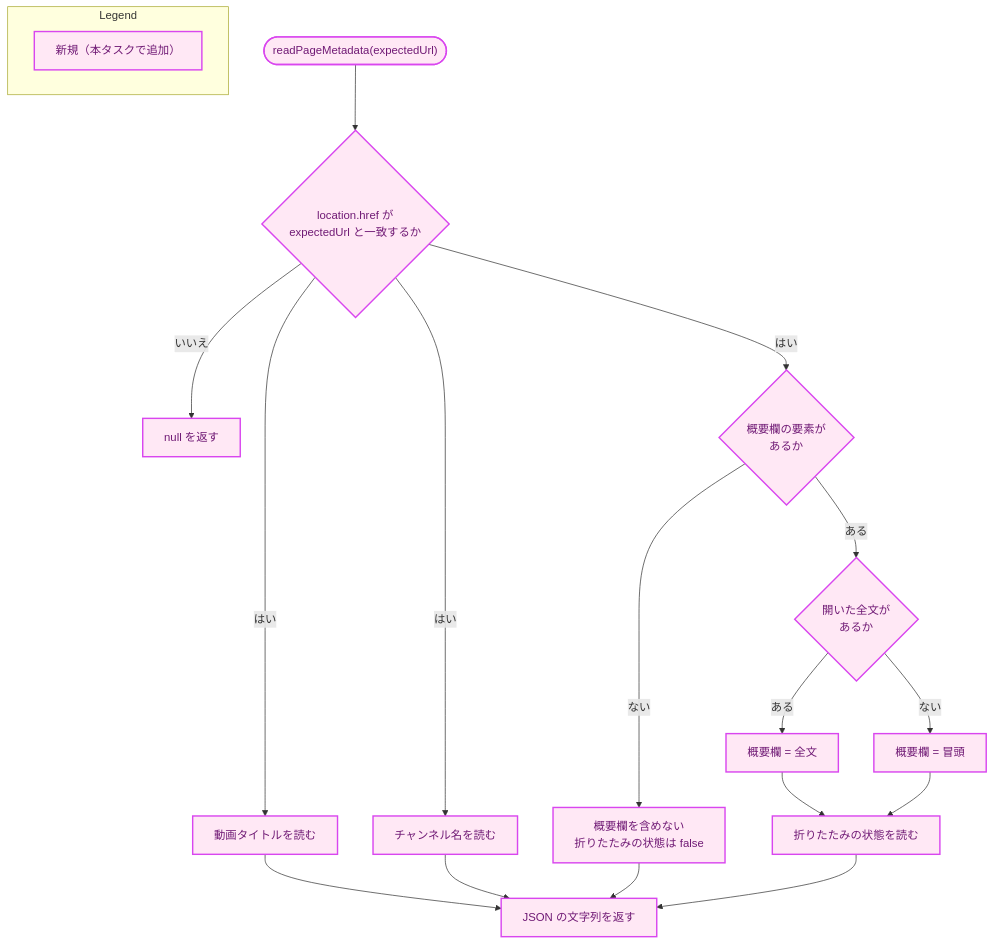
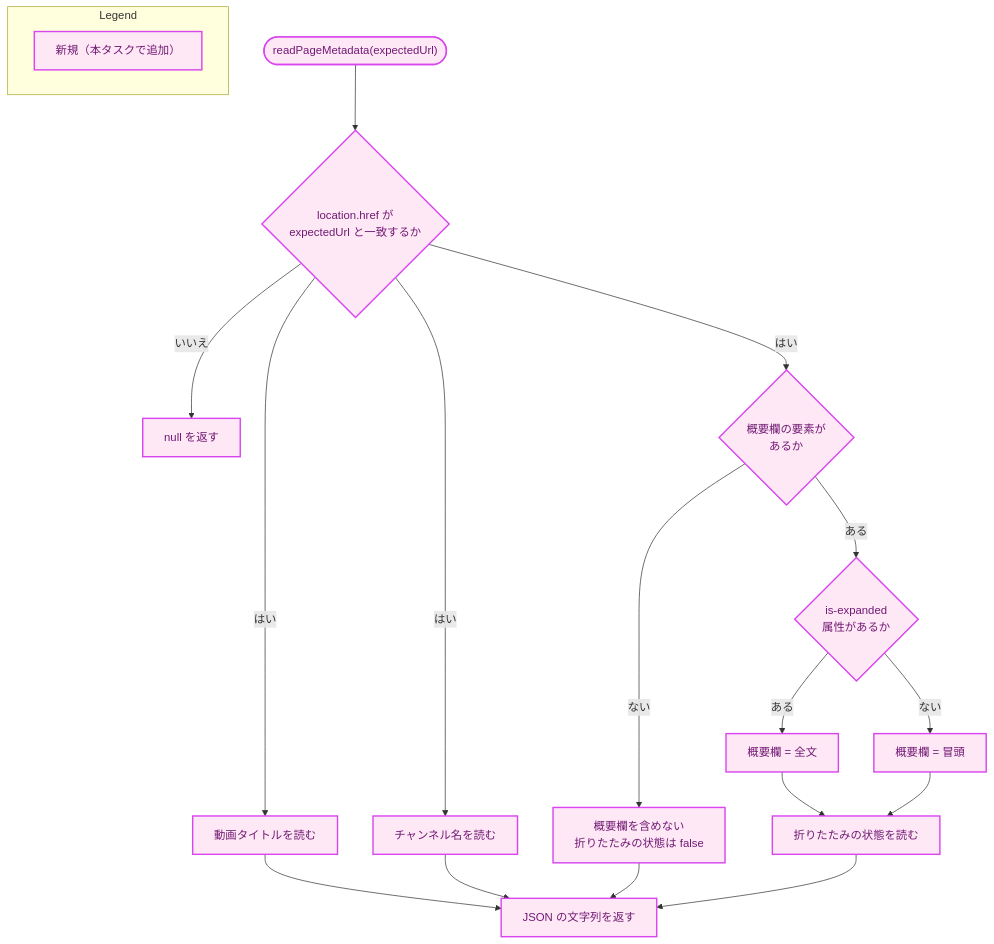
Before and after one commit to isseis/yt2column: the fourth of 6 diagrams in docs/tasks/0025_extension_video_metadata/02_architecture.md, drawn with Mermaid. The commit also changed other lines of this file, not shown here.

Commit message:
docs(0025): refine the architecture for the video metadata extension

````diff
--- a/docs/tasks/0025_extension_video_metadata/02_architecture.md
+++ b/docs/tasks/0025_extension_video_metadata/02_architecture.md
@@ -394,27 +397,27 @@
 ```mermaid
 flowchart TD
     classDef newpkg fill:#ffe8f5,stroke:#d946ef,stroke-width:2px,color:#701a75;
 
     S(["readPageMetadata(expectedUrl)"]) --> V{"location.href が<br>expectedUrl と一致するか"}
     V -->|"いいえ"| NULL["null を返す"]
     V -->|"はい"| T["動画タイトルを読む"]
     V -->|"はい"| C["チャンネル名を読む"]
     V -->|"はい"| E{"概要欄の要素が<br>あるか"}
     E -->|"ない"| N["概要欄を含めない<br>折りたたみの状態は false"]
-    E -->|"ある"| X{"開いた全文が<br>あるか"}
+    E -->|"ある"| X{"is-expanded<br>属性があるか"}
     X -->|"ある"| F["概要欄 = 全文"]
     X -->|"ない"| P["概要欄 = 冒頭"]
     F --> Z["折りたたみの状態を読む"]
     P --> Z
     T --> J["JSON の文字列を返す"]
     C --> J
     N --> J
     Z --> J
 
     class S,V,NULL,T,C,E,N,X,F,P,Z,J newpkg
 
     subgraph Legend["Legend"]
         L1["新規（本タスクで追加）"]
     end
     class L1 newpkg
 ```
````
